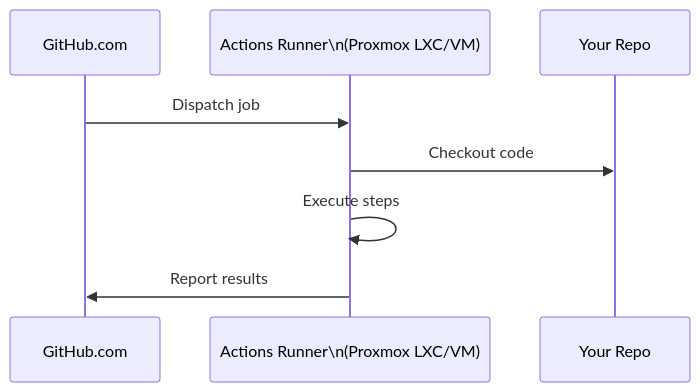
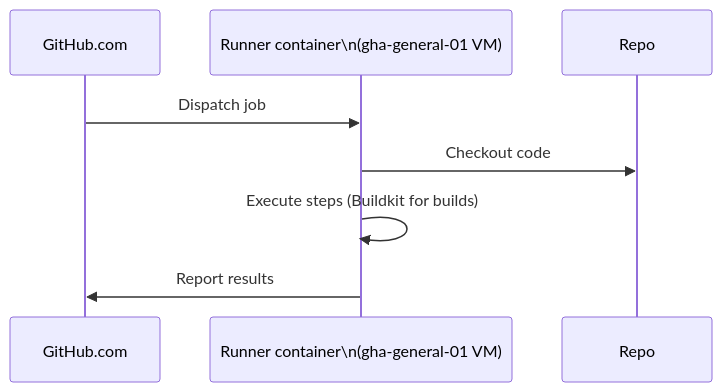
The diagram in docs/services/proxmox.md (sethbarrett50/home_lab_docs), drawn with Mermaid before and after one commit. The commit also changed other lines of this file, not shown here.

First line of the commit message:
docs: reconcile proxmox.md with actual deployed VMs/LXCs (issue #13)

````diff
--- a/docs/services/proxmox.md
+++ b/docs/services/proxmox.md
@@ -60,11 +39,11 @@
 ```mermaid
 sequenceDiagram
     participant GH as GitHub.com
-    participant Runner as Actions Runner\n(Proxmox LXC/VM)
-    participant Repo as Your Repo
+    participant Runner as Runner container\n(gha-general-01 VM)
+    participant Repo as Repo
 
     GH->>Runner: Dispatch job
     Runner->>Repo: Checkout code
-    Runner->>Runner: Execute steps
+    Runner->>Runner: Execute steps (Buildkit for builds)
     Runner->>GH: Report results
 ```
````
